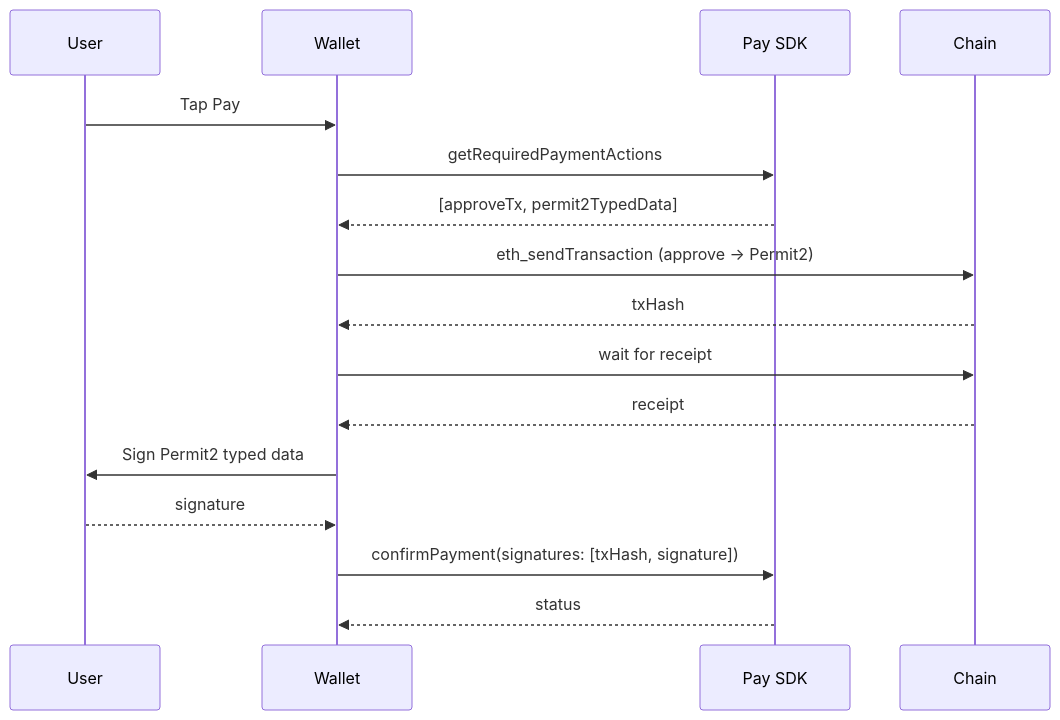
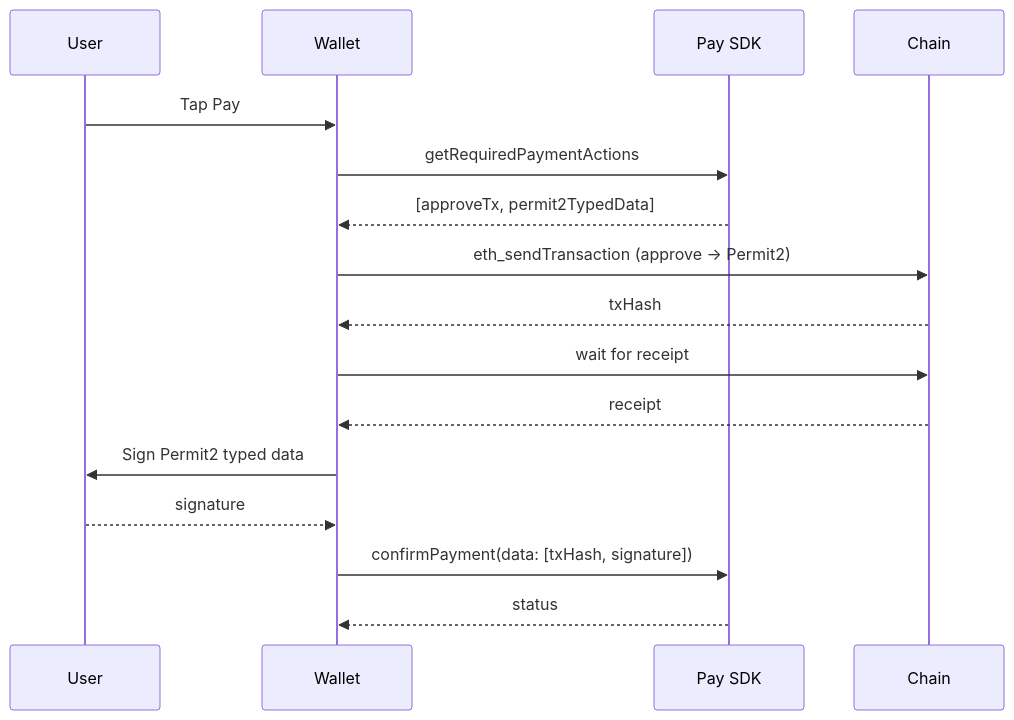
The diagram in payments/wallets/token-chain-support/usdt-support.mdx (WalletConnect/docs), drawn with Mermaid before and after one commit. The commit also changed other lines of this file and 20 other files, not shown here.

First line of the commit message:
docs(pay): confirmPayment data parameter, Tron support guide, SDK minimum versions

````diff
--- a/payments/wallets/token-chain-support/usdt-support.mdx
+++ b/payments/wallets/token-chain-support/usdt-support.mdx
@@ -18,22 +18,22 @@
 ```mermaid
 sequenceDiagram
     participant User
     participant Wallet
     participant PaySDK as Pay SDK
     participant Chain
 
     User->>Wallet: Tap Pay
     Wallet->>PaySDK: getRequiredPaymentActions
     PaySDK-->>Wallet: [approveTx, permit2TypedData]
 
     Wallet->>Chain: eth_sendTransaction (approve -> Permit2)
     Chain-->>Wallet: txHash
     Wallet->>Chain: wait for receipt
     Chain-->>Wallet: receipt
 
     Wallet->>User: Sign Permit2 typed data
     User-->>Wallet: signature
 
-    Wallet->>PaySDK: confirmPayment(signatures: [txHash, signature])
+    Wallet->>PaySDK: confirmPayment(data: [txHash, signature])
     PaySDK-->>Wallet: status
 ```
````
